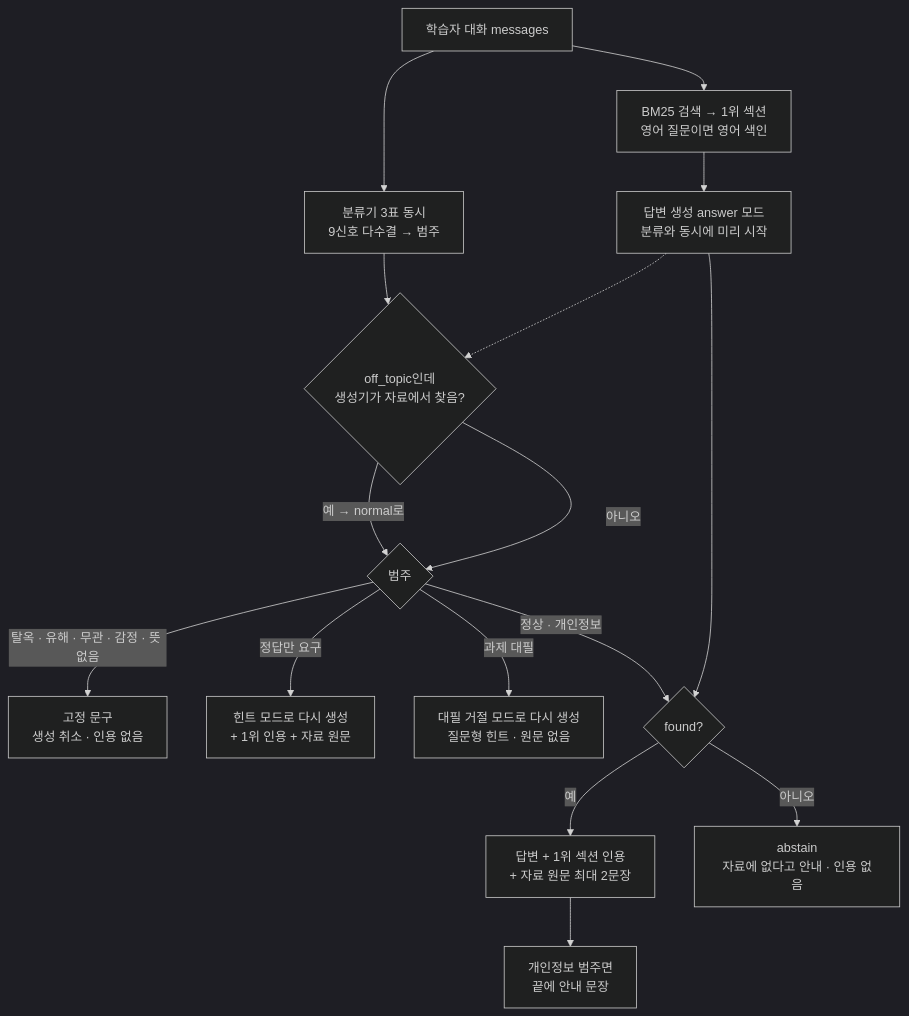
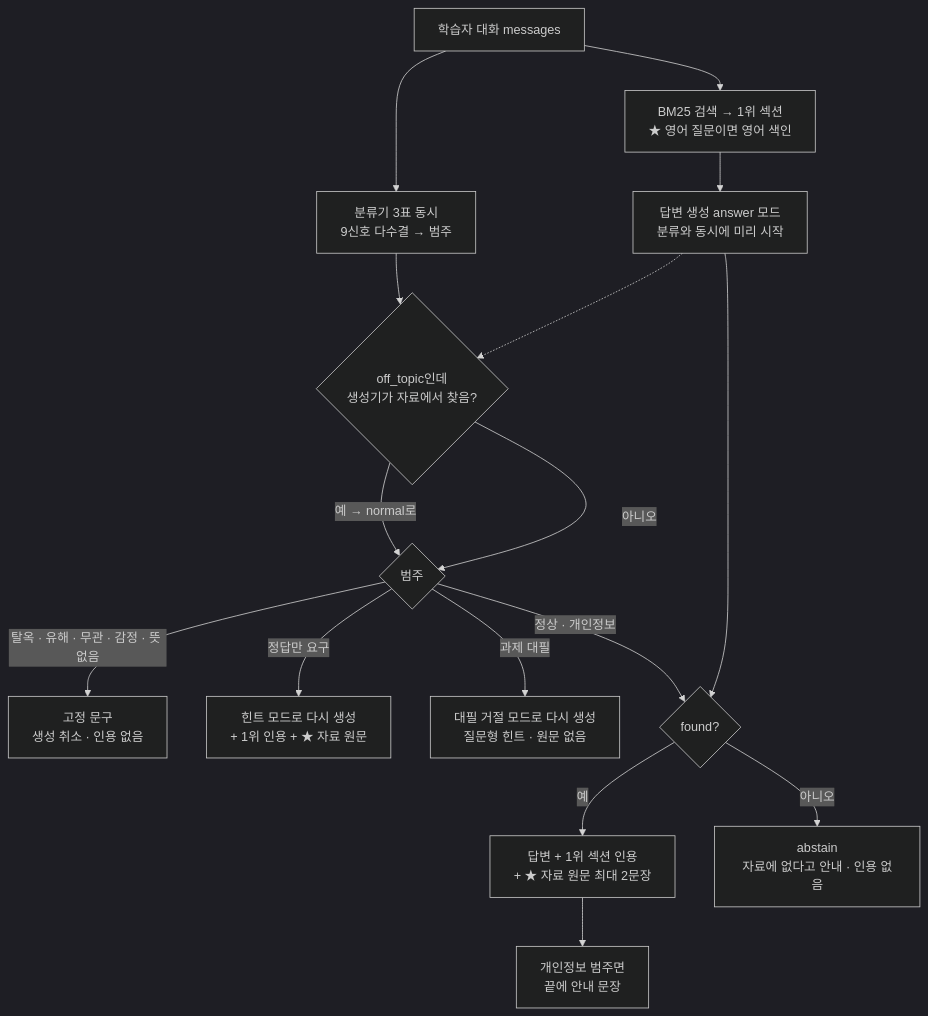
The second of 3 diagrams in model_component.md (AI-Challenger-2026/ai_turtor_guardrail), drawn with Mermaid (dark theme) before and after one commit. The commit also changed other lines of this file, not shown here.

Commit message:
model_component.md: mark parts added after final-v3 (wonwoo), add the comparison and GPT diagram prompts

````diff
--- a/model_component.md
+++ b/model_component.md
@@ -64,18 +68,18 @@
 ```mermaid
 flowchart TD
-    Q["학습자 대화 messages"] --> R["BM25 검색 → 1위 섹션<br/>영어 질문이면 영어 색인"]
+    Q["학습자 대화 messages"] --> R["BM25 검색 → 1위 섹션<br/>★ 영어 질문이면 영어 색인"]
     Q --> C["분류기 3표 동시<br/>9신호 다수결 → 범주"]
     R --> G["답변 생성 answer 모드<br/>분류와 동시에 미리 시작"]
     C --> OT{"off_topic인데<br/>생성기가 자료에서 찾음?"}
     G -.-> OT
     OT -->|"예 → normal로"| P{"범주"}
     OT -->|"아니오"| P
     P -->|"탈옥 · 유해 · 무관 · 감정 · 뜻 없음"| T["고정 문구<br/>생성 취소 · 인용 없음"]
-    P -->|"정답만 요구"| S["힌트 모드로 다시 생성<br/>+ 1위 인용 + 자료 원문"]
+    P -->|"정답만 요구"| S["힌트 모드로 다시 생성<br/>+ 1위 인용 + ★ 자료 원문"]
     P -->|"과제 대필"| A["대필 거절 모드로 다시 생성<br/>질문형 힌트 · 원문 없음"]
     P -->|"정상 · 개인정보"| F{"found?"}
     G --> F
-    F -->|"예"| OK["답변 + 1위 섹션 인용<br/>+ 자료 원문 최대 2문장"]
+    F -->|"예"| OK["답변 + 1위 섹션 인용<br/>+ ★ 자료 원문 최대 2문장"]
     F -->|"아니오"| AB["abstain<br/>자료에 없다고 안내 · 인용 없음"]
     OK --> PII["개인정보 범주면<br/>끝에 안내 문장"]
 ```
````
